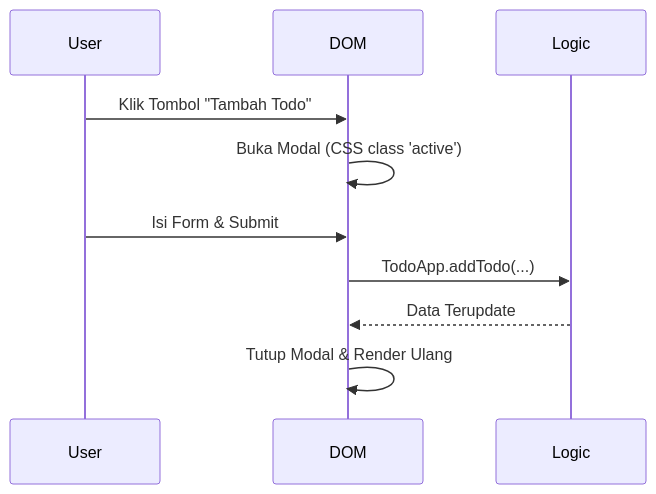
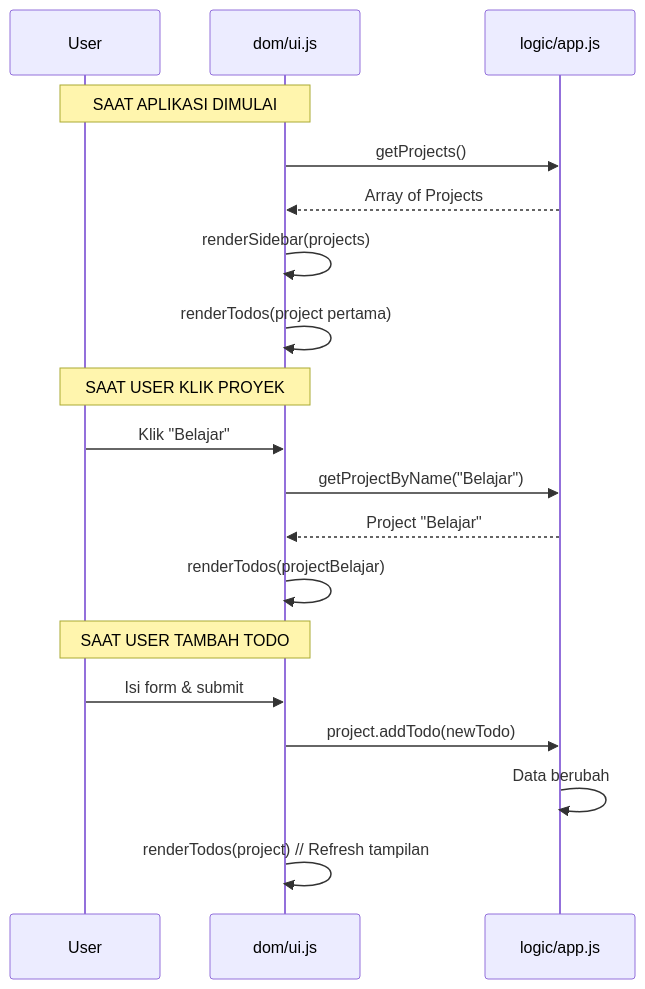
The first of 3 diagrams in docs/04-ui.md (UlumDcode/odin-todo), drawn with Mermaid before and after one commit. The commit also changed other lines of this file and 8 other files, not shown here.

Commit message:
membuat logic untuk membuat project dan todoList

````diff
--- a/docs/04-ui.md
+++ b/docs/04-ui.md
@@ -6,13 +16,27 @@
 ```mermaid
 sequenceDiagram
-    participant User
-    participant DOM
-    participant Logic
+    participant User as User
+    participant DOM as dom/ui.js
+    participant Logic as logic/app.js
     
-    User->>DOM: Klik Tombol "Tambah Todo"
-    DOM->>DOM: Buka Modal (CSS class 'active')
-    User->>DOM: Isi Form & Submit
-    DOM->>Logic: TodoApp.addTodo(...)
-    Logic-->>DOM: Data Terupdate
-    DOM->>DOM: Tutup Modal & Render Ulang
+    Note over User,DOM: SAAT APLIKASI DIMULAI
+    
+    DOM->>Logic: getProjects()
+    Logic-->>DOM: Array of Projects
+    DOM->>DOM: renderSidebar(projects)
+    DOM->>DOM: renderTodos(project pertama)
+    
+    Note over User,DOM: SAAT USER KLIK PROYEK
+    
+    User->>DOM: Klik "Belajar"
+    DOM->>Logic: getProjectByName("Belajar")
+    Logic-->>DOM: Project "Belajar"
+    DOM->>DOM: renderTodos(projectBelajar)
+    
+    Note over User,DOM: SAAT USER TAMBAH TODO
+    
+    User->>DOM: Isi form & submit
+    DOM->>Logic: project.addTodo(newTodo)
+    Logic->>Logic: Data berubah
+    DOM->>DOM: renderTodos(project) // Refresh tampilan
 ```
````
